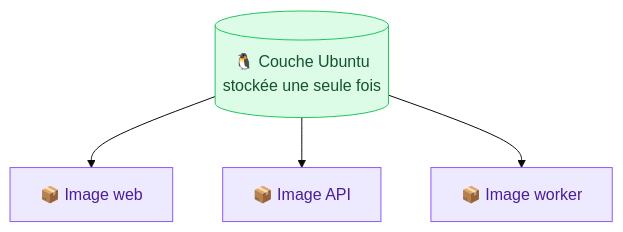
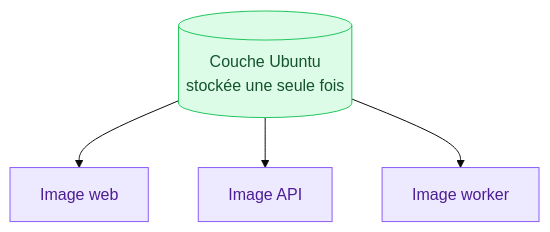
The third of 6 diagrams in methodologie-securite-it/docker/03-images.md (GoobyWoobies/HEIA-IT), drawn with Mermaid (base theme) before and after one commit. The commit also changed other lines of this file and 24 other files, not shown here.

````diff
--- a/methodologie-securite-it/docker/03-images.md
+++ b/methodologie-securite-it/docker/03-images.md
@@ -96,12 +96,12 @@
 ```mermaid
 flowchart TB
-    U[("🐧 Couche Ubuntu<br/>stockée une seule fois")]
-    U --> A["📦 Image web"]
-    U --> B["📦 Image API"]
-    U --> C["📦 Image worker"]
+    U[("Couche Ubuntu<br/>stockée une seule fois")]
+    U --> A["Image web"]
+    U --> B["Image API"]
+    U --> C["Image worker"]
 
     style U fill:#dcfce7,stroke:#22c55e,color:#14532d
     style A fill:#ede9fe,stroke:#8b5cf6,color:#4c1d95
     style B fill:#ede9fe,stroke:#8b5cf6,color:#4c1d95
     style C fill:#ede9fe,stroke:#8b5cf6,color:#4c1d95
 ```
````
